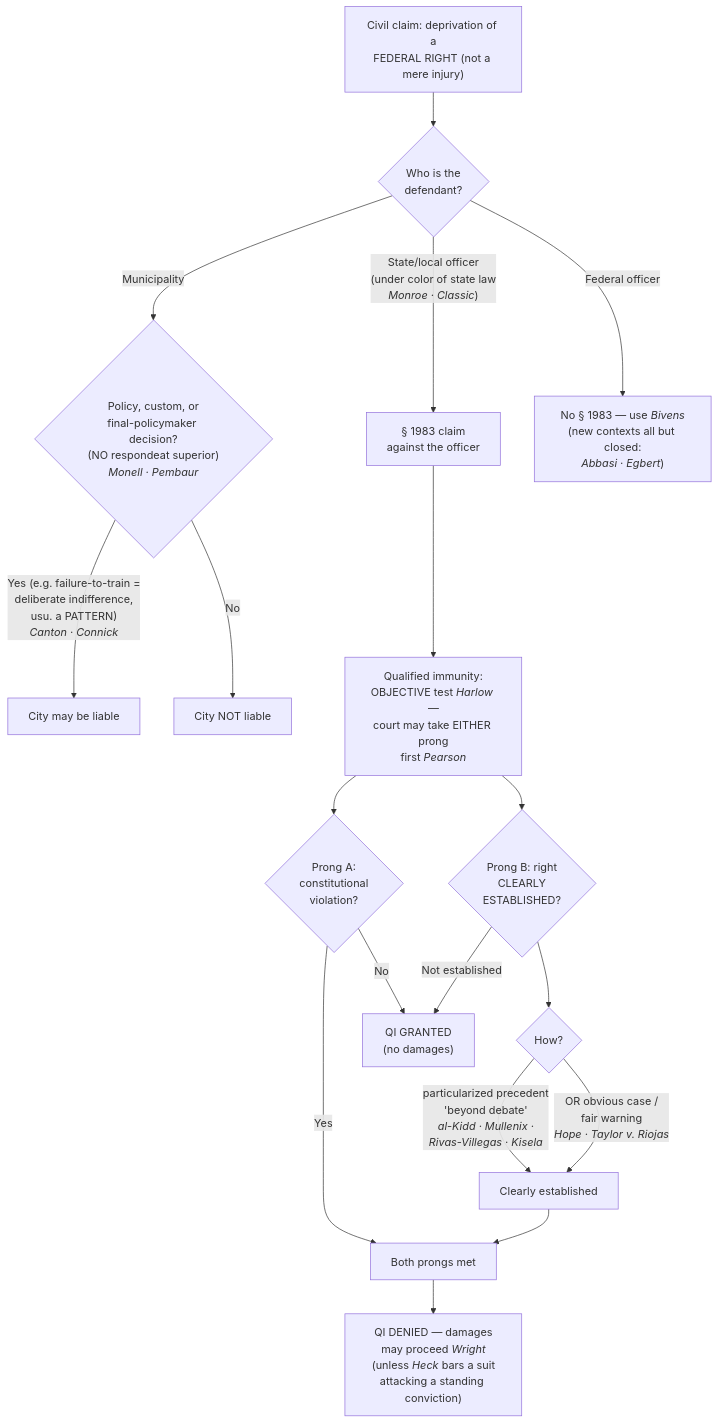
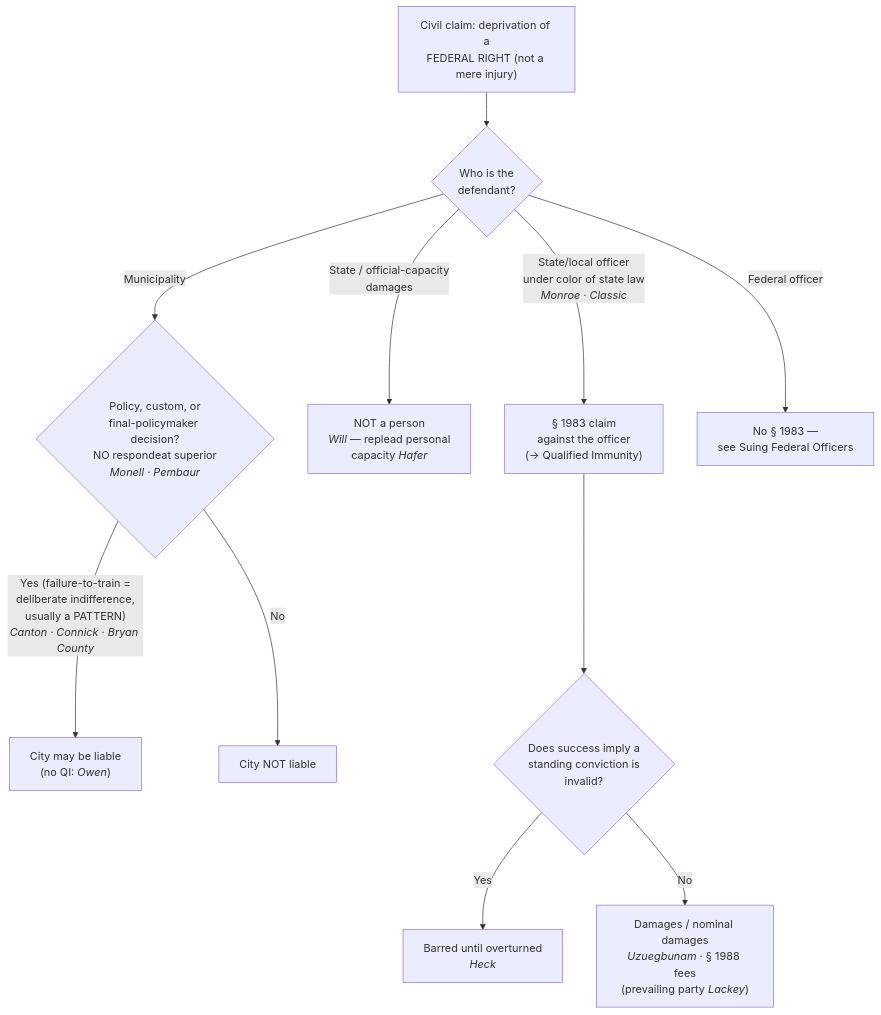
One commit to Enragedsaturday/enragedsaturday.github.io changed the diagram in content/use-of-force-and-liability/Section 1983 Liability and Qualified Immunity.md. Above: the diagram before and after it, drawn with Mermaid. The commit also changed other lines of this file and 55 other files, not shown here.

````diff
--- a/content/use-of-force-and-liability/Section 1983 Liability and Qualified Immunity.md
+++ b/content/use-of-force-and-liability/Section 1983 Liability and Qualified Immunity.md
@@ -122,20 +98,13 @@
 ```mermaid
 flowchart TD
   S["Civil claim: deprivation of a<br/>FEDERAL RIGHT (not a mere injury)"] --> W{"Who is the<br/>defendant?"}
-  W -->|"State/local officer<br/>(under color of state law<br/><i>Monroe · Classic</i>)"| IND["§ 1983 claim<br/>against the officer"]
-  W -->|"Municipality"| M{"Policy, custom, or<br/>final-policymaker decision?<br/>(NO respondeat superior)<br/><i>Monell · Pembaur</i>"}
-  W -->|"Federal officer"| BIV["No § 1983 — use <i>Bivens</i><br/>(new contexts all but closed:<br/><i>Abbasi · Egbert</i>)"]
-  M -->|"Yes (e.g. failure-to-train =<br/>deliberate indifference,<br/>usu. a PATTERN)<br/><i>Canton · Connick</i>"| MLIAB["City may be liable"]
+  W -->|"State/local officer<br/>under color of state law<br/><i>Monroe · Classic</i>"| IND["§ 1983 claim<br/>against the officer<br/>(→ Qualified Immunity)"]
+  W -->|"State / official-capacity<br/>damages"| NP["NOT a person<br/><i>Will</i> — replead personal<br/>capacity <i>Hafer</i>"]
+  W -->|"Municipality"| M{"Policy, custom, or<br/>final-policymaker decision?<br/>NO respondeat superior<br/><i>Monell · Pembaur</i>"}
+  W -->|"Federal officer"| BIV["No § 1983 —<br/>see Suing Federal Officers"]
+  M -->|"Yes (failure-to-train =<br/>deliberate indifference,<br/>usually a PATTERN)<br/><i>Canton · Connick · Bryan County</i>"| MLIAB["City may be liable<br/>(no QI: <i>Owen</i>)"]
   M -->|"No"| MNO["City NOT liable"]
-  IND --> QI["Qualified immunity:<br/>OBJECTIVE test <i>Harlow</i> —<br/>court may take EITHER prong<br/>first <i>Pearson</i>"]
-  QI --> P1{"Prong A:<br/>constitutional<br/>violation?"}
-  QI --> P2{"Prong B: right<br/>CLEARLY<br/>ESTABLISHED?"}
-  P2 --> HOW{"How?"}
-  HOW -->|"particularized precedent<br/>'beyond debate'<br/><i>al-Kidd · Mullenix ·<br/>Rivas-Villegas · Kisela</i>"| CE["Clearly established"]
-  HOW -->|"OR obvious case /<br/>fair warning<br/><i>Hope · Taylor v. Riojas</i>"| CE
-  P1 -->|No| IMM["QI GRANTED<br/>(no damages)"]
-  P2 -->|"Not established"| IMM
-  P1 -->|Yes| BOTH["Both prongs met"]
-  CE --> BOTH
-  BOTH --> LIAB["QI DENIED — damages<br/>may proceed <i>Wright</i><br/>(unless <i>Heck</i> bars a suit<br/>attacking a standing conviction)"]
+  IND --> H{"Does success imply a<br/>standing conviction is<br/>invalid?"}
+  H -->|Yes| HECK["Barred until overturned<br/><i>Heck</i>"]
+  H -->|No| REM["Damages / nominal damages<br/><i>Uzuegbunam</i> · § 1988 fees<br/>(prevailing party <i>Lackey</i>)"]
 ```
````
